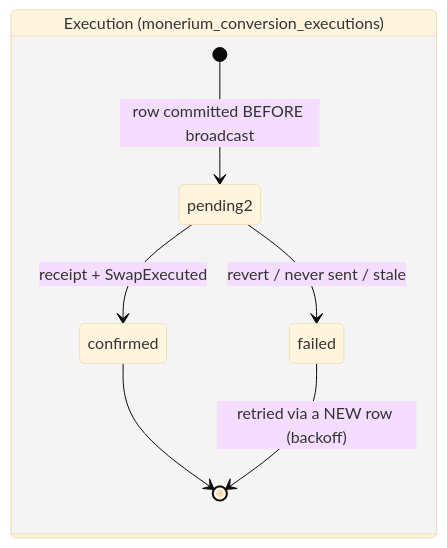
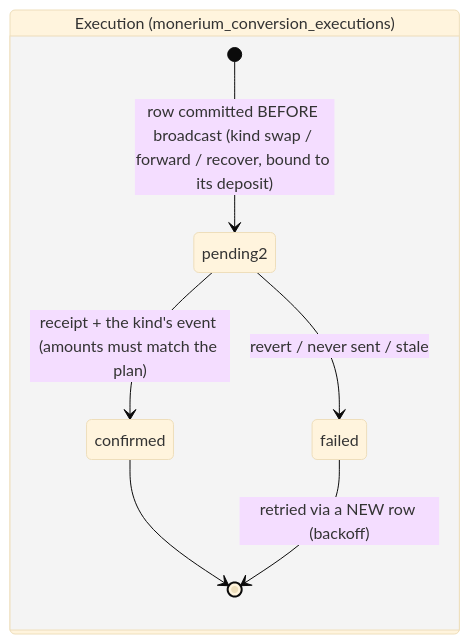
One commit to pendulum-chain/vortex changed the sixth of 8 diagrams in docs/architecture-monerium-b2b-onramp.md. Above: the diagram before and after it, drawn with Mermaid (base theme). The commit also changed other lines of this file and 8 other files, not shown here.

````diff
--- a/docs/architecture-monerium-b2b-onramp.md
+++ b/docs/architecture-monerium-b2b-onramp.md
@@ -231,11 +251,11 @@
 ```mermaid
 stateDiagram-v2
     direction LR
     state "Execution (monerium_conversion_executions)" as exe {
-        [*] --> pending2 : row committed BEFORE broadcast
-        pending2 --> confirmed : receipt + SwapExecuted
+        [*] --> pending2 : row committed BEFORE broadcast (kind swap / forward / recover, bound to its deposit)
+        pending2 --> confirmed : receipt + the kind's event (amounts must match the plan)
         pending2 --> failed : revert / never sent / stale
         confirmed --> [*]
         failed --> [*] : retried via a NEW row (backoff)
     }
 ```
````
